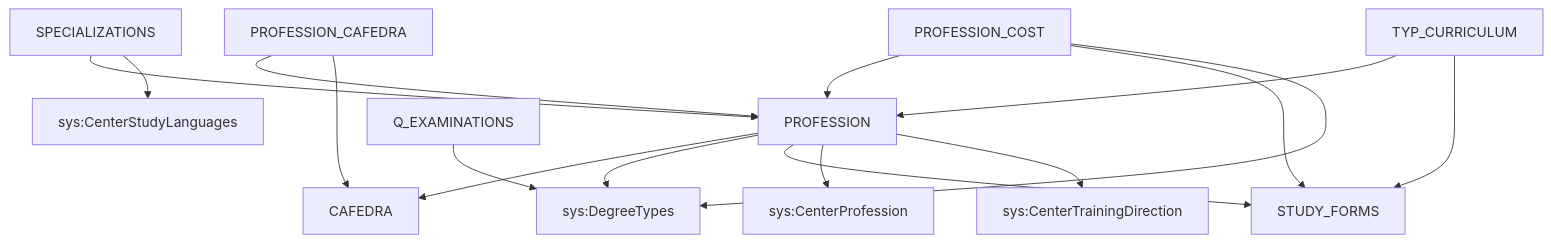
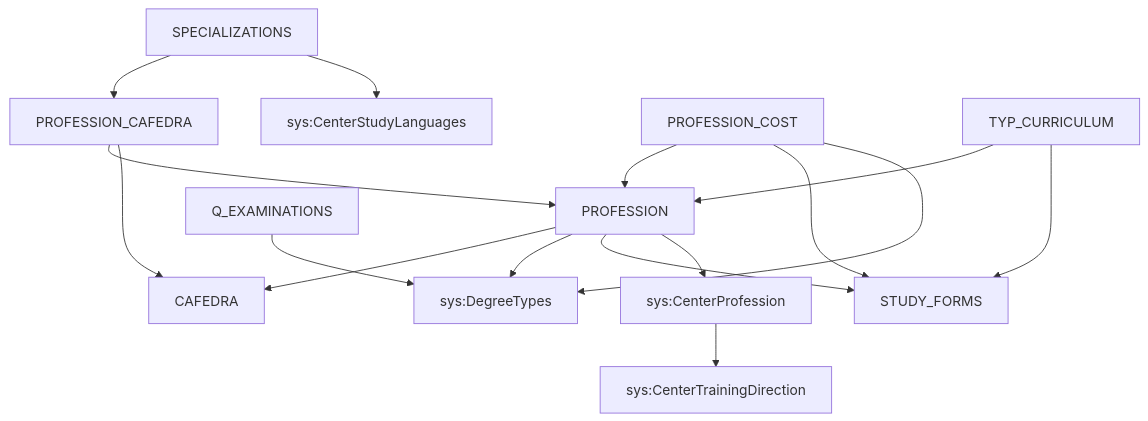
Before and after one commit to nurkenonline/epvo: the diagram in tasks/TFW-1__entity_catalog/RF_TFW-1.2__education_programs.md, drawn with Mermaid. The commit also changed other lines of this file and 14 other files, not shown here.

````diff
--- a/tasks/TFW-1__entity_catalog/RF_TFW-1.2__education_programs.md
+++ b/tasks/TFW-1__entity_catalog/RF_TFW-1.2__education_programs.md
@@ -265,18 +280,18 @@
 ```mermaid
 graph TD
     PROFESSION --> CAFEDRA
     PROFESSION --> DegreeTypes[sys:DegreeTypes]
     PROFESSION --> STUDY_FORMS
     PROFESSION --> CenterProfession[sys:CenterProfession]
-    PROFESSION --> CenterTrainDir[sys:CenterTrainingDirection]
-    SPECIALIZATIONS --> PROFESSION
+    CenterProfession[sys:CenterProfession] --> CenterTrainDir[sys:CenterTrainingDirection]
+    SPECIALIZATIONS --> PROFESSION_CAFEDRA
     SPECIALIZATIONS --> CenterStudyLang[sys:CenterStudyLanguages]
     PROFESSION_CAFEDRA --> PROFESSION
     PROFESSION_CAFEDRA --> CAFEDRA
     PROFESSION_COST --> PROFESSION
     PROFESSION_COST --> STUDY_FORMS
     PROFESSION_COST --> DegreeTypes
     TYP_CURRICULUM --> PROFESSION
     TYP_CURRICULUM --> STUDY_FORMS
     Q_EXAMINATIONS --> DegreeTypes
 ```
````
